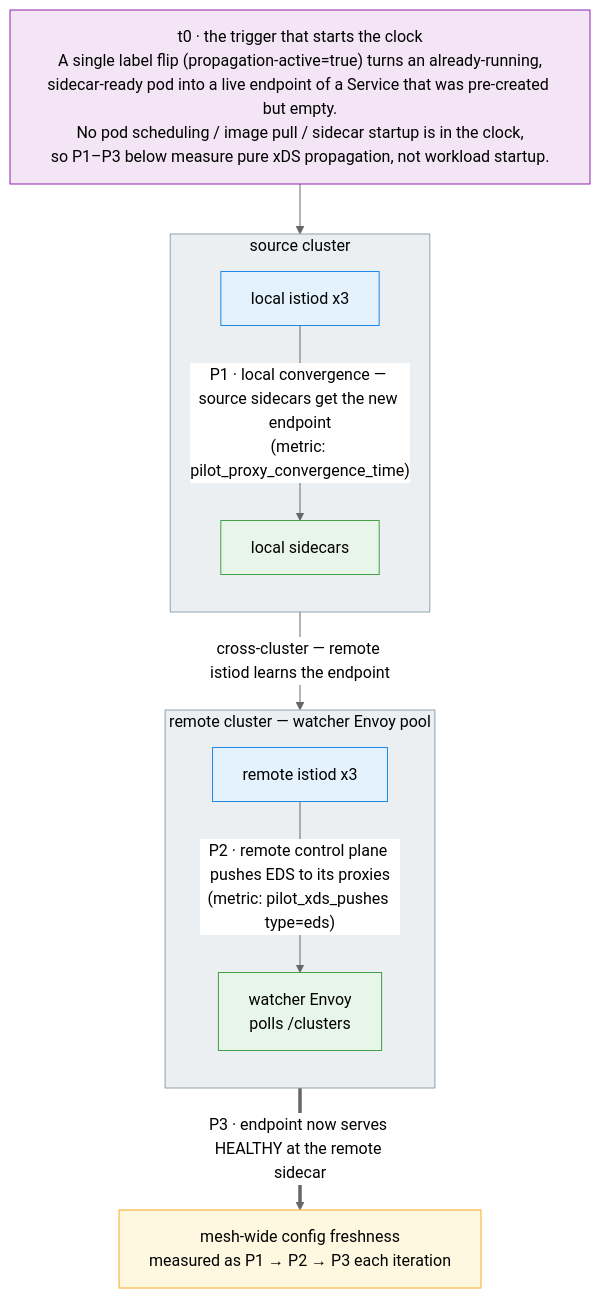
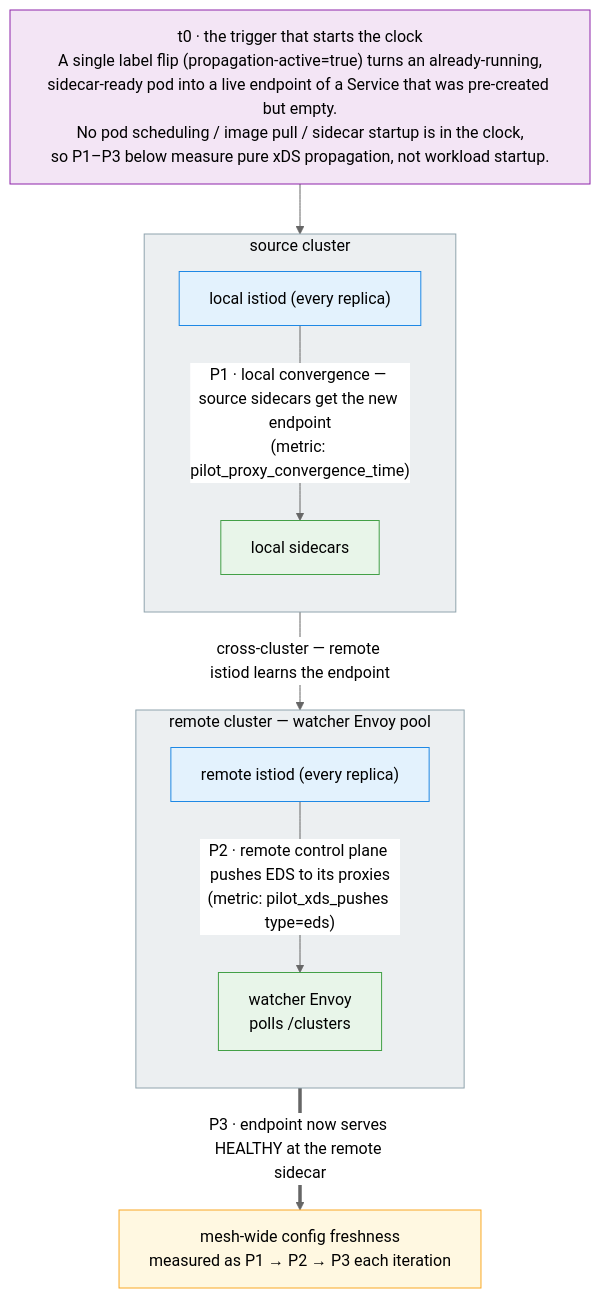
One commit to shpwrck/istio-scale-tests changed the diagram in tests/propagation/README.md. Above: the diagram before and after it, drawn with Mermaid (neutral theme). The commit also changed other lines of this file and 2 other files, not shown here.

````diff
--- a/tests/propagation/README.md
+++ b/tests/propagation/README.md
@@ -11,35 +11,35 @@
 ```mermaid
 %%{init: {'flowchart': {'wrappingWidth': 520}}}%%
 graph TB
     FLIP["t0 · the trigger that starts the clock<br/>A single label flip (propagation-active=true) turns an already-running,<br/>sidecar-ready pod into a live endpoint of a Service that was pre-created but empty.<br/>No pod scheduling / image pull / sidecar startup is in the clock,<br/>so P1–P3 below measure pure xDS propagation, not workload startup."]
 
     subgraph SRC["source cluster"]
         direction TB
-        SP["local istiod x3"]
+        SP["local istiod (every replica)"]
         LSC["local sidecars"]
     end
     subgraph RMT["remote cluster — watcher Envoy pool"]
         direction TB
-        RP["remote istiod x3"]
+        RP["remote istiod (every replica)"]
         WENV["watcher Envoy<br/>polls /clusters"]
     end
 
     FLIP --> SP
     SP -->|"P1 · local convergence — source sidecars get the new endpoint<br/>(metric: pilot_proxy_convergence_time)"| LSC
     SP -->|"cross-cluster — remote istiod learns the endpoint"| RP
     RP -->|"P2 · remote control plane pushes EDS to its proxies<br/>(metric: pilot_xds_pushes type=eds)"| WENV
     WENV ==>|"P3 · endpoint now serves HEALTHY at the remote sidecar"| OUT["mesh-wide config freshness<br/>measured as P1 → P2 → P3 each iteration"]
 
     classDef mesh fill:#ffffff,stroke:#5c6bc0,stroke-width:2px,stroke-dasharray:6 5,color:#000;
     classDef cluster fill:#eceff1,stroke:#90a4ae,color:#000;
     classDef namespace fill:#ffebee,stroke:#e53935,color:#000;
     classDef controlplane fill:#e3f2fd,stroke:#1e88e5,color:#000;
     classDef dataplane fill:#e8f5e9,stroke:#43a047,color:#000;
     classDef harness fill:#f3e5f5,stroke:#8e24aa,color:#000;
     classDef output fill:#fff8e1,stroke:#f9a825,color:#000;
     class SRC,RMT cluster;
     class SP,RP controlplane;
     class LSC,WENV dataplane;
     class FLIP harness;
     class OUT output;
 ```
````
